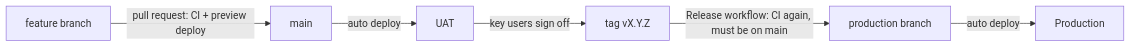
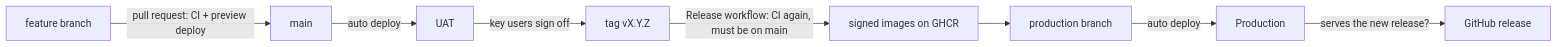
Before and after one commit to pavansky/fab-dispatch: the diagram in docs/ENVIRONMENTS.md, drawn with Mermaid. The commit also changed other lines of this file and 2 other files, not shown here.

````diff
--- a/docs/ENVIRONMENTS.md
+++ b/docs/ENVIRONMENTS.md
@@ -15,8 +15,10 @@
 ```mermaid
 flowchart LR
   F[feature branch] -->|pull request: CI + preview deploy| M[main]
   M -->|auto deploy| U[UAT]
   U -->|key users sign off| T[tag vX.Y.Z]
-  T -->|Release workflow: CI again, must be on main| P[production branch]
+  T -->|Release workflow: CI again, must be on main| I[signed images on GHCR]
+  I --> P[production branch]
   P -->|auto deploy| PR[Production]
+  PR -->|serves the new release?| R[GitHub release]
 ```
````
